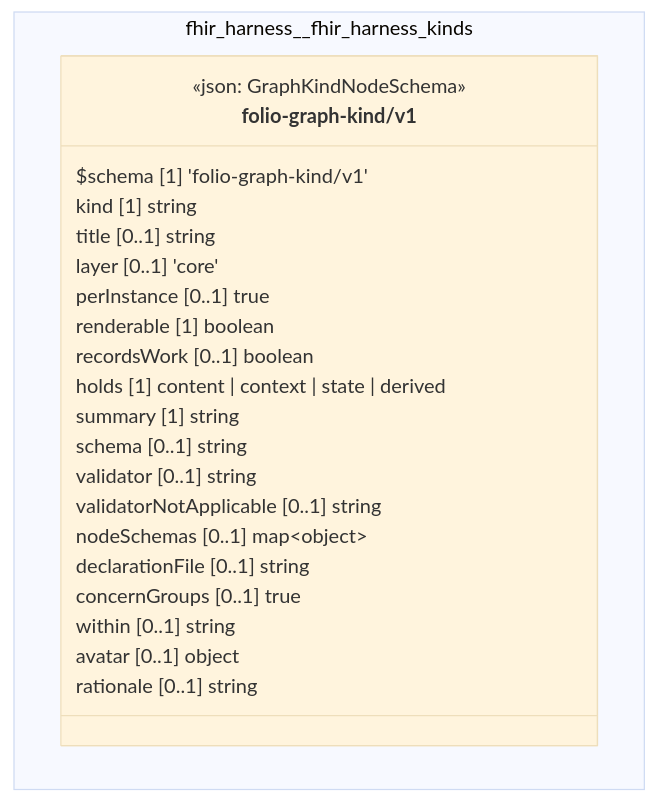
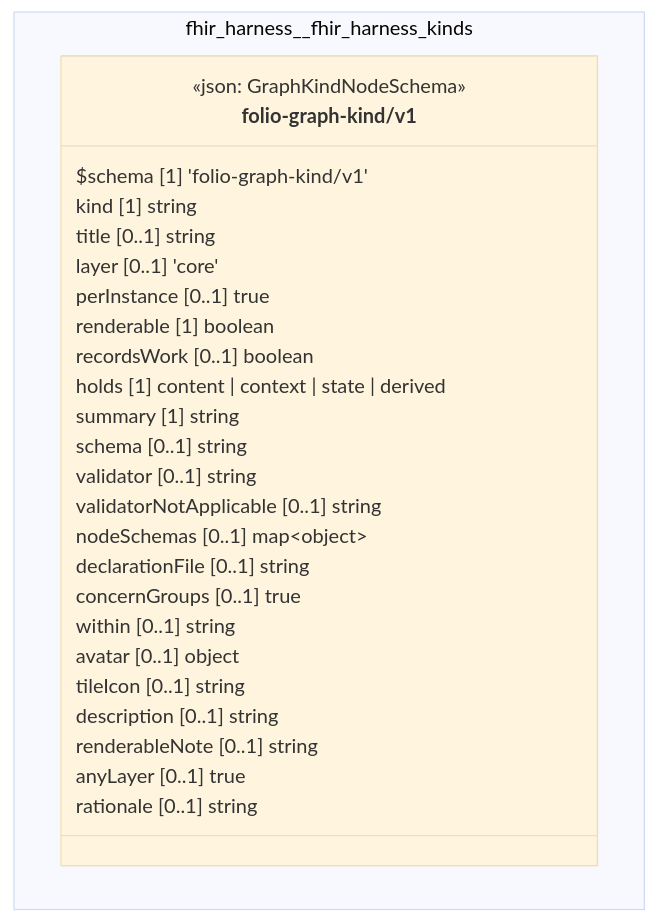
Before and after one commit to litlfred/folio-assistant: the diagram in cat-harness/docs/uml/overview/fhir-harness/fhir-harness-kinds.md, drawn with Mermaid (base theme). The commit also changed 81 other files, not shown here.

````diff
--- a/cat-harness/docs/uml/overview/fhir-harness/fhir-harness-kinds.md
+++ b/cat-harness/docs/uml/overview/fhir-harness/fhir-harness-kinds.md
@@ -42,28 +42,32 @@
 ```mermaid
 classDiagram
   direction TB
   namespace fhir_harness__fhir_harness_kinds {
     class fhir_harness_fhir_harness_kinds_folio_graph_kind_v1_folio_graph_kind_v1["folio-graph-kind/v1"] {
       <<json: GraphKindNodeSchema>>
       $schema [1] 'folio-graph-kind/v1'
       kind [1] string
       title [0..1] string
       layer [0..1] 'core'
       perInstance [0..1] true
       renderable [1] boolean
       recordsWork [0..1] boolean
       holds [1] content | context | state | derived
       summary [1] string
       schema [0..1] string
       validator [0..1] string
       validatorNotApplicable [0..1] string
       nodeSchemas [0..1] map~object~
       declarationFile [0..1] string
       concernGroups [0..1] true
       within [0..1] string
       avatar [0..1] object
+      tileIcon [0..1] string
+      description [0..1] string
+      renderableNote [0..1] string
+      anyLayer [0..1] true
       rationale [0..1] string
     }
   }
   cssClass "fhir_harness_fhir_harness_kinds_folio_graph_kind_v1_folio_graph_kind_v1" fa_uml_kind_kinds
 ```
````
